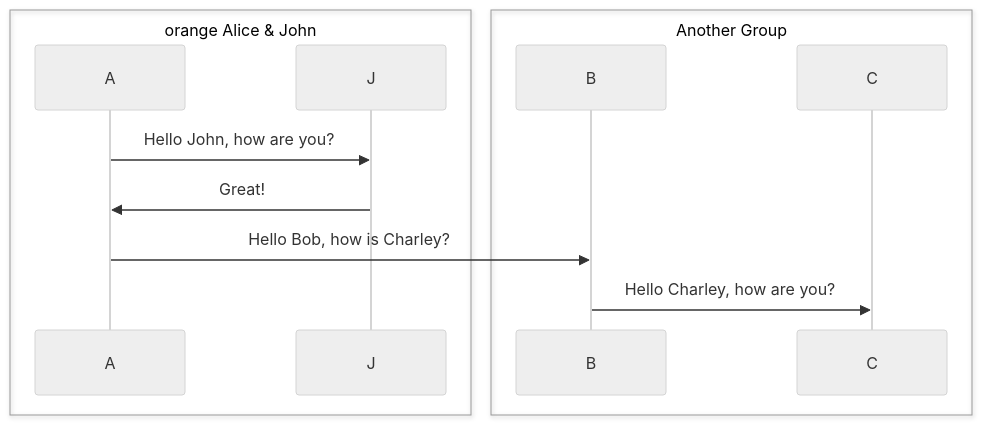
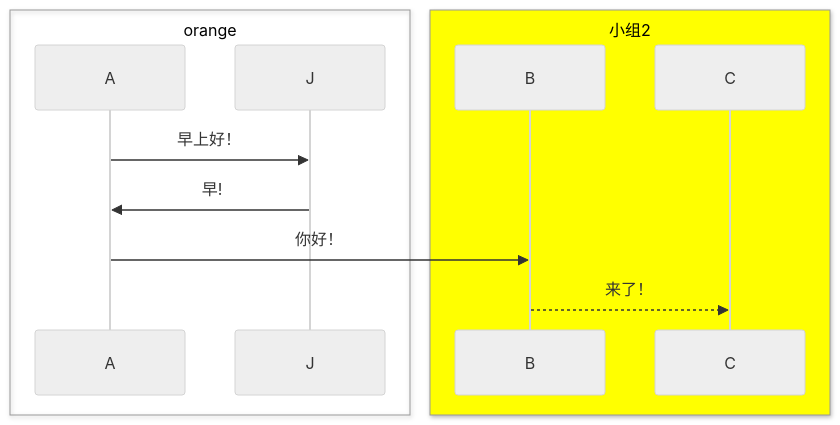
Before and after one commit to liulong0125/liulong0125.github.io: diagram 16 of 21 in _posts/2025-09-02-mermaid.js.md, drawn with Mermaid (neutral theme). The commit also changed other lines of this file, not shown here.

Commit message:
更新时序图

````diff
--- a/_posts/2025-09-02-mermaid.js.md
+++ b/_posts/2025-09-02-mermaid.js.md
@@ -736,15 +744,17 @@
 ```mermaid
 sequenceDiagram
-  box transparent orange Alice & John
+  box transparent orange
   participant A
   participant J
   end
-  box Another Group
+
+  box yellow 小组2
   participant B
   participant C
   end
-  A->>J: Hello John, how are you?
-  J->>A: Great!
-  A->>B: Hello Bob, how is Charley?
-  B->>C: Hello Charley, how are you?
+
+  A->>J: 早上好！
+  J->>A: 早!
+  A->>B: 你好！
+  B-->>C: 来了！
 ```
````
